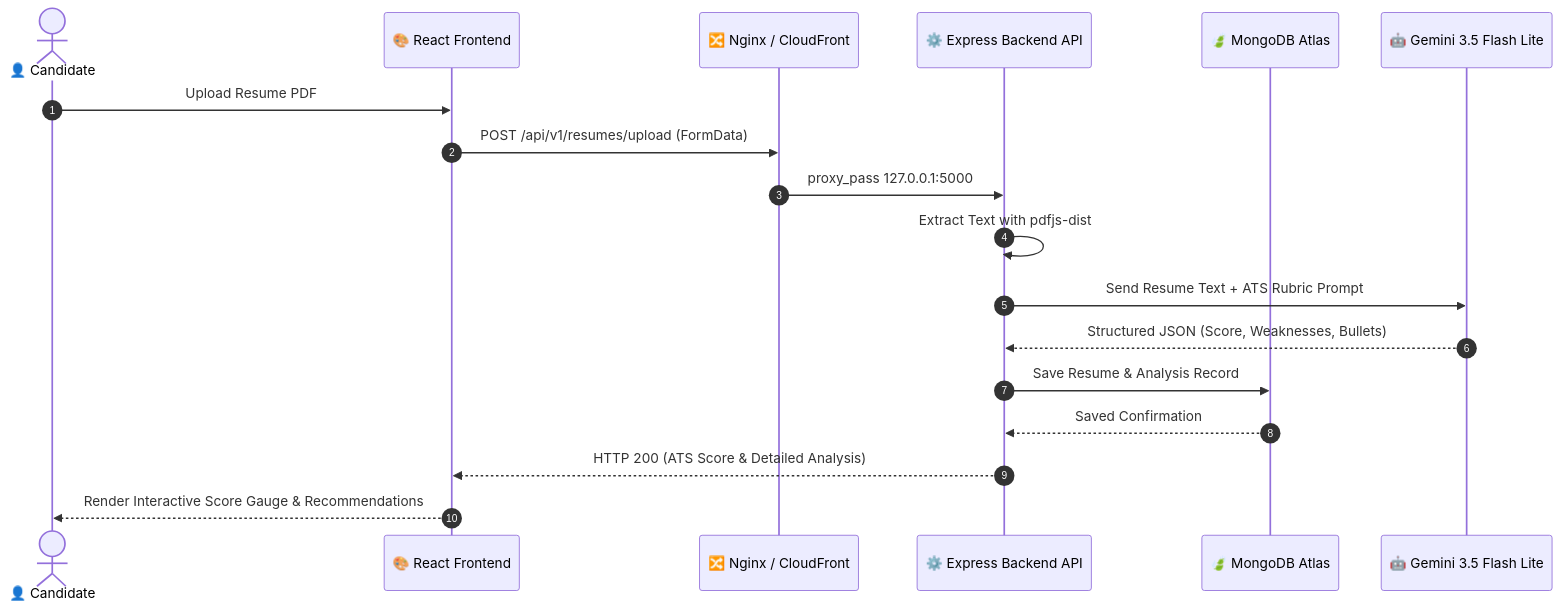
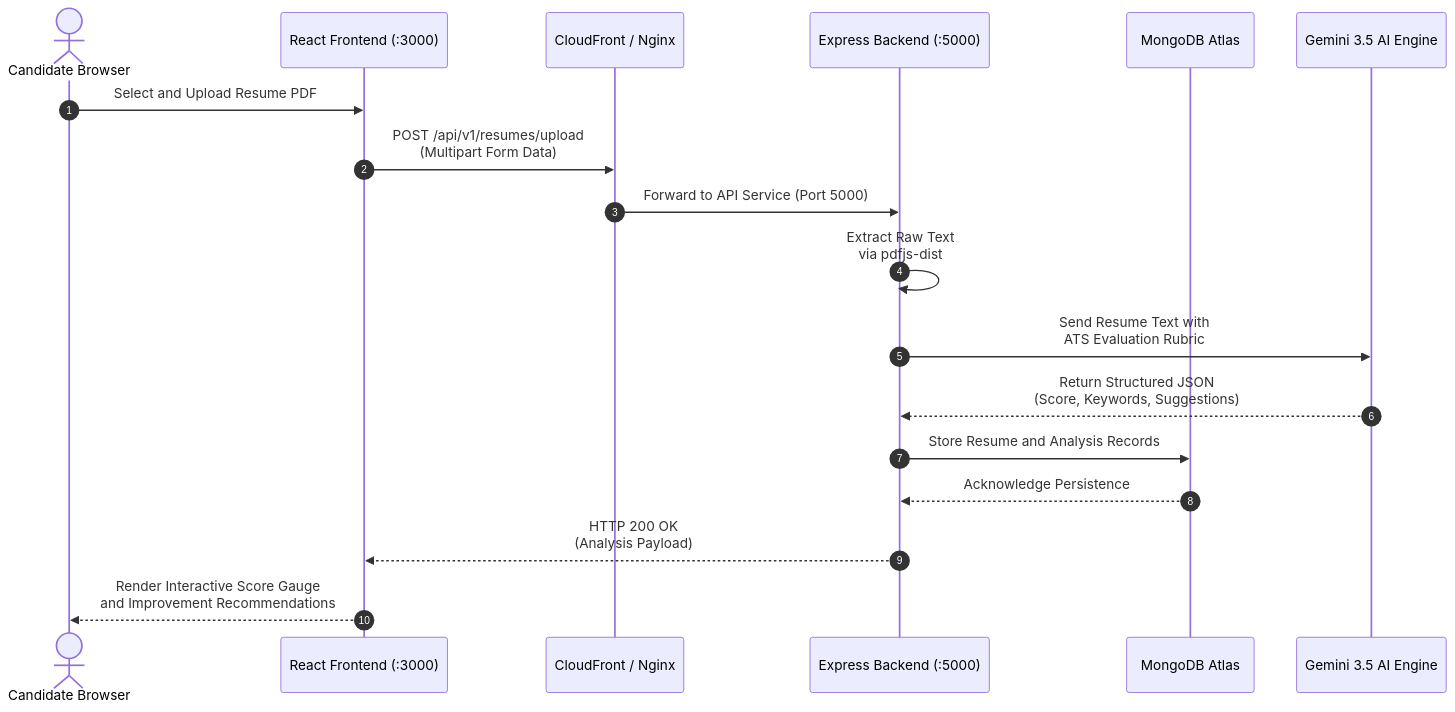
One commit to TusharSaini999/Resume-Saathi changed the second of 2 diagrams in README.md. Above: the diagram before and after it, drawn with Mermaid. The commit also changed other lines of this file and 5 other files, not shown here.

Commit message:
docs: remove emojis from all Mermaid diagrams and wrap text cleanly

````diff
--- a/README.md
+++ b/README.md
@@ -48,21 +48,21 @@
 ```mermaid
 sequenceDiagram
   autonumber
-  actor User as 👤 Candidate
-  participant FE as 🎨 React Frontend
-  participant Nginx as 🔀 Nginx / CloudFront
-  participant BE as ⚙️ Express Backend API
-  participant DB as 🍃 MongoDB Atlas
-  participant AI as 🤖 Gemini 3.5 Flash Lite
+  actor User as Candidate Browser
+  participant FE as React Frontend (:3000)
+  participant Nginx as CloudFront / Nginx
+  participant BE as Express Backend (:5000)
+  participant DB as MongoDB Atlas
+  participant AI as Gemini 3.5 AI Engine
 
-  User->>FE: Upload Resume PDF
-  FE->>Nginx: POST /api/v1/resumes/upload (FormData)
-  Nginx->>BE: proxy_pass 127.0.0.1:5000
-  BE->>BE: Extract Text with pdfjs-dist
-  BE->>AI: Send Resume Text + ATS Rubric Prompt
-  AI-->>BE: Structured JSON (Score, Weaknesses, Bullets)
-  BE->>DB: Save Resume & Analysis Record
-  DB-->>BE: Saved Confirmation
-  BE-->>FE: HTTP 200 (ATS Score & Detailed Analysis)
-  FE-->>User: Render Interactive Score Gauge & Recommendations
+  User->>FE: Select and Upload Resume PDF
+  FE->>Nginx: POST /api/v1/resumes/upload<br/>(Multipart Form Data)
+  Nginx->>BE: Forward to API Service (Port 5000)
+  BE->>BE: Extract Raw Text<br/>via pdfjs-dist
+  BE->>AI: Send Resume Text with<br/>ATS Evaluation Rubric
+  AI-->>BE: Return Structured JSON<br/>(Score, Keywords, Suggestions)
+  BE->>DB: Store Resume and Analysis Records
+  DB-->>BE: Acknowledge Persistence
+  BE-->>FE: HTTP 200 OK<br/>(Analysis Payload)
+  FE-->>User: Render Interactive Score Gauge<br/>and Improvement Recommendations
 ```
````
